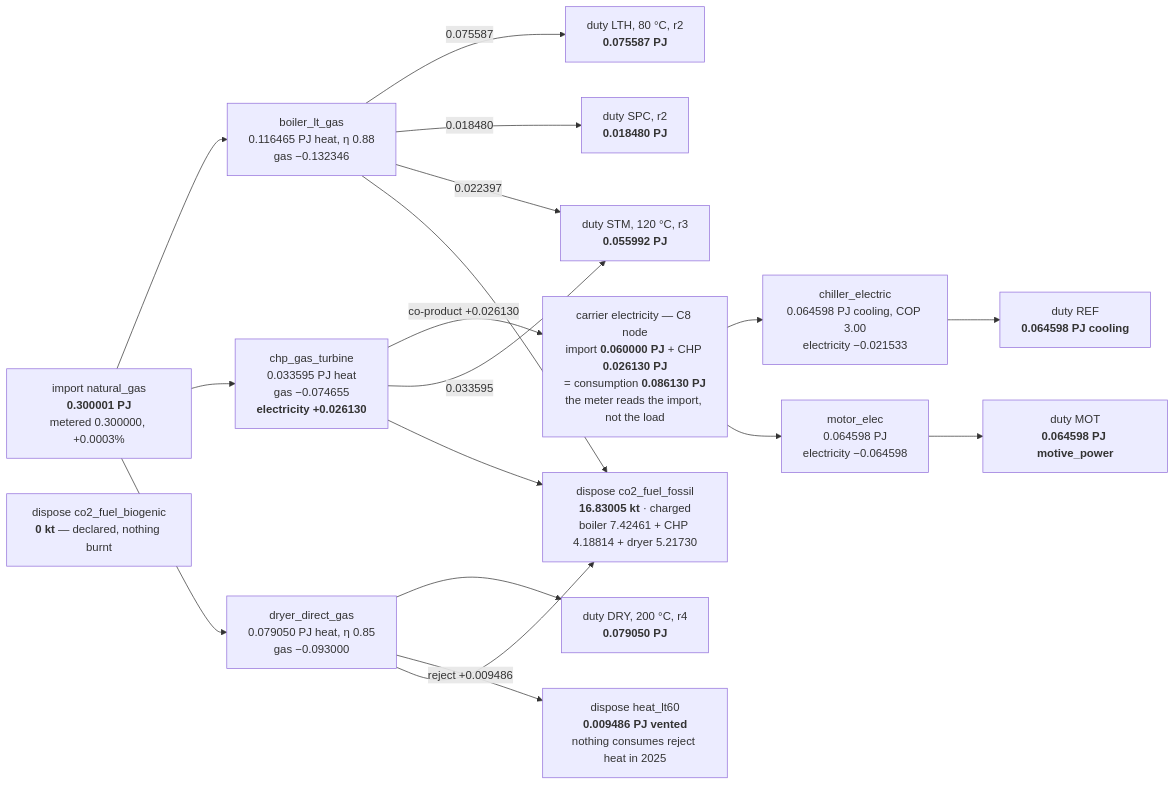
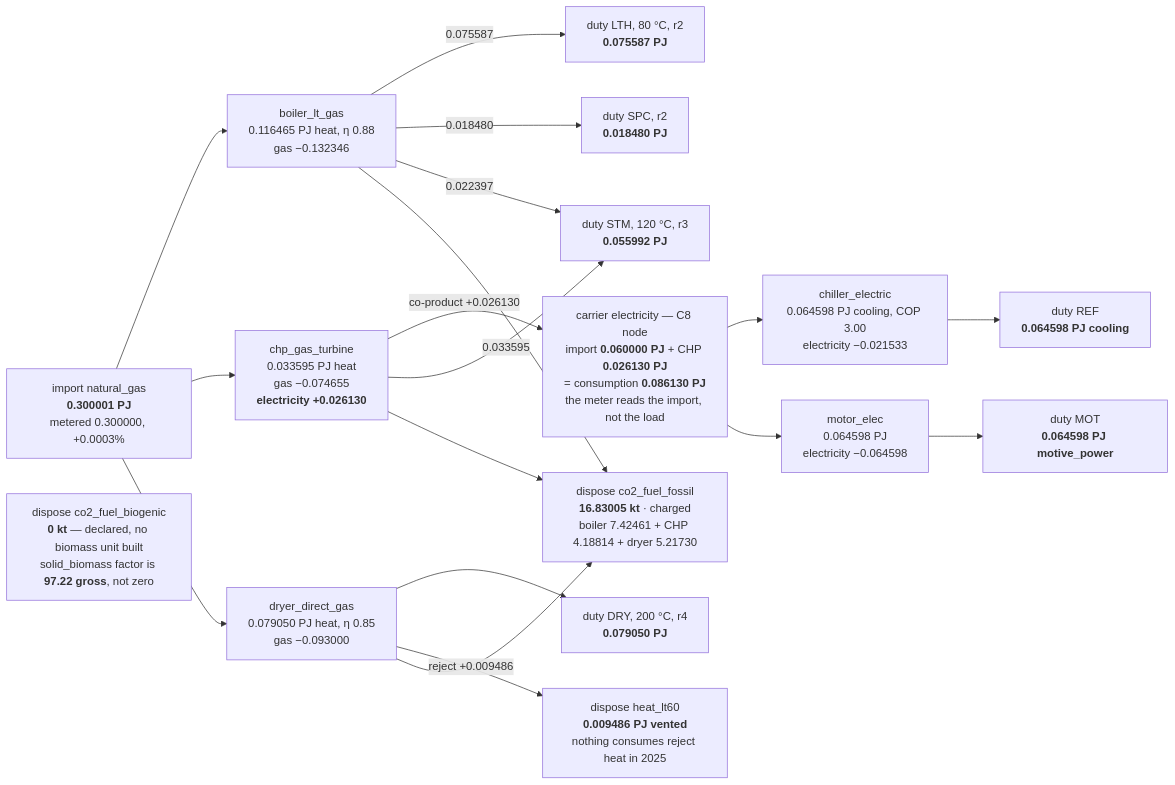
The sixth of 7 diagrams in docs/notes/19_worked_example_data_flow.md (AlexandreLab/comit), drawn with Mermaid before and after one commit. The commit also changed other lines of this file and 22 other files, not shown here.

````diff
--- a/docs/notes/19_worked_example_data_flow.md
+++ b/docs/notes/19_worked_example_data_flow.md
@@ -268,42 +271,42 @@
 ```mermaid
 flowchart LR
   IG["import natural_gas<br/><b>0.300001 PJ</b><br/>metered 0.300000, +0.0003%"]
   IE["carrier electricity — C8 node<br/>import <b>0.060000 PJ</b> + CHP <b>0.026130 PJ</b><br/>= consumption <b>0.086130 PJ</b><br/>the meter reads the import, not the load"]
 
   BO["boiler_lt_gas<br/>0.116465 PJ heat, η 0.88<br/>gas −0.132346"]
   CH["chp_gas_turbine<br/>0.033595 PJ heat<br/>gas −0.074655<br/><b>electricity +0.026130</b>"]
   DR["dryer_direct_gas<br/>0.079050 PJ heat, η 0.85<br/>gas −0.093000"]
   CL["chiller_electric<br/>0.064598 PJ cooling, COP 3.00<br/>electricity −0.021533"]
   MO["motor_elec<br/>0.064598 PJ<br/>electricity −0.064598"]
 
   DLTH["duty LTH, 80 °C, r2<br/><b>0.075587 PJ</b>"]
   DSPC["duty SPC, r2<br/><b>0.018480 PJ</b>"]
   DSTM["duty STM, 120 °C, r3<br/><b>0.055992 PJ</b>"]
   DDRY["duty DRY, 200 °C, r4<br/><b>0.079050 PJ</b>"]
   DREF["duty REF<br/><b>0.064598 PJ cooling</b>"]
   DMOT["duty MOT<br/><b>0.064598 PJ motive_power</b>"]
 
   DV["dispose heat_lt60<br/><b>0.009486 PJ vented</b><br/>nothing consumes reject heat in 2025"]
   DF["dispose co2_fuel_fossil<br/><b>16.83005 kt</b> · charged<br/>boiler 7.42461 + CHP 4.18814 + dryer 5.21730"]
-  DB["dispose co2_fuel_biogenic<br/><b>0 kt</b> — declared, nothing burnt"]
+  DB["dispose co2_fuel_biogenic<br/><b>0 kt</b> — declared, no biomass unit built<br/>solid_biomass factor is <b>97.22 gross</b>, not zero"]
 
   IG --> BO
   IG --> CH
   IG --> DR
   IE --> CL
   IE --> MO
   CH -->|"co-product +0.026130"| IE
 
   BO -->|"0.075587"| DLTH
   BO -->|"0.018480"| DSPC
   BO -->|"0.022397"| DSTM
   CH -->|"0.033595"| DSTM
   DR --> DDRY
   CL --> DREF
   MO --> DMOT
 
   DR -->|"reject +0.009486"| DV
   BO --> DF
   CH --> DF
   DR --> DF
 ```
````
